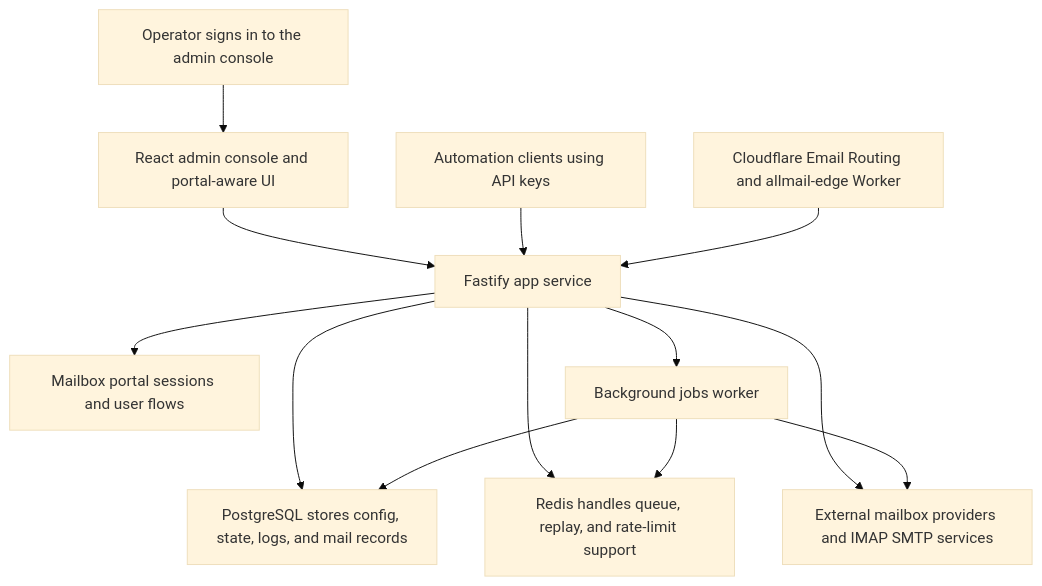
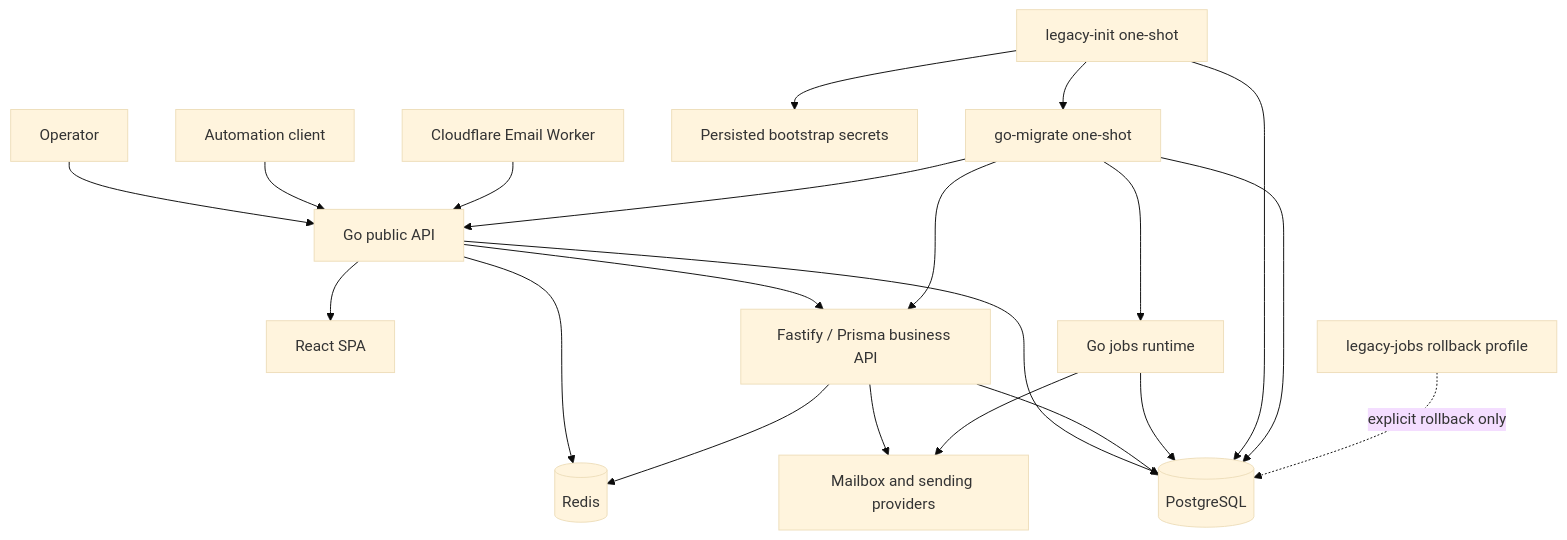
Before and after one commit to feng123-new/all-Mail: the diagram in README.md, drawn with Mermaid (base theme). The commit also changed other lines of this file, not shown here.

Commit message:
docs: describe the real Go bridge and rollback-only Node runtime

````diff
--- a/README.md
+++ b/README.md
@@ -32,18 +37,28 @@
 ```mermaid
 flowchart TD
-    Operator["Operator signs in to the admin console"] --> UI["React admin console and portal-aware UI"]
-    UI --> API["Fastify app service"]
+    Operator[Operator] --> GoAPI[Go public API]
+    Automation[Automation client] --> GoAPI
+    Worker[Cloudflare Email Worker] --> GoAPI
 
-    Automation["Automation clients using API keys"] --> API
-    Ingress["Cloudflare Email Routing and allmail-edge Worker"] --> API
+    GoAPI --> SPA[React SPA]
+    GoAPI --> Legacy[Fastify / Prisma business API]
+    GoAPI --> Postgres[(PostgreSQL)]
+    GoAPI --> Redis[(Redis)]
 
-    API --> Postgres["PostgreSQL stores config, state, logs, and mail records"]
-    API --> Redis["Redis handles queue, replay, and rate-limit support"]
-    API --> Providers["External mailbox providers and IMAP SMTP services"]
-    API --> Portal["Mailbox portal sessions and user flows"]
+    Legacy --> Postgres
+    Legacy --> Redis
+    Legacy --> Providers[Mailbox and sending providers]
 
-    Jobs["Background jobs worker"] --> Postgres
-    Jobs --> Redis
-    Jobs --> Providers
-    API --> Jobs
+    GoJobs[Go jobs runtime] --> Postgres
+    GoJobs --> Providers
+
+    LegacyInit[legacy-init one-shot] --> Postgres
+    LegacyInit --> SecretVolume[Persisted bootstrap secrets]
+    GoMigrate[go-migrate one-shot] --> Postgres
+    LegacyInit --> GoMigrate
+    GoMigrate --> Legacy
+    GoMigrate --> GoAPI
+    GoMigrate --> GoJobs
+
+    LegacyRollback[legacy-jobs rollback profile] -. explicit rollback only .-> Postgres
 ```
````
